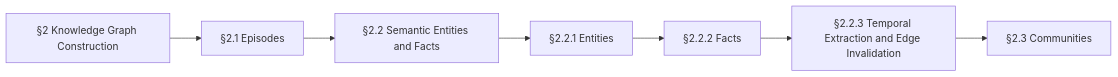
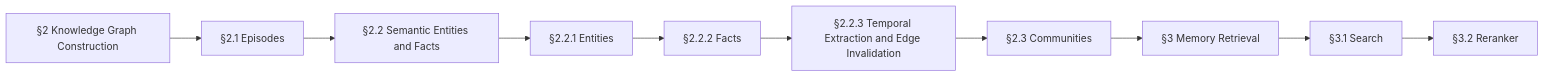
One commit to DarknessLED/dsh-loom changed diagram 16 of 16 in docs/research/work-r4-knowledge-2026-11-25.md. Above: the diagram before and after it, drawn with Mermaid. The commit also changed other lines of this file and 39 other files, not shown here.

````diff
--- a/docs/research/work-r4-knowledge-2026-11-25.md
+++ b/docs/research/work-r4-knowledge-2026-11-25.md
@@ -1569,16 +1533,22 @@
 ```mermaid
 flowchart LR
   N0["§2 Knowledge Graph Construction"]
   N1["§2.1 Episodes"]
   N2["§2.2 Semantic Entities and Facts"]
   N3["§2.2.1 Entities"]
   N4["§2.2.2 Facts"]
   N5["§2.2.3 Temporal Extraction and Edge Invalidation"]
   N6["§2.3 Communities"]
+  N7["§3 Memory Retrieval"]
+  N8["§3.1 Search"]
+  N9["§3.2 Reranker"]
   N0 --> N1
   N1 --> N2
   N2 --> N3
   N3 --> N4
   N4 --> N5
   N5 --> N6
+  N6 --> N7
+  N7 --> N8
+  N8 --> N9
 ```
````
